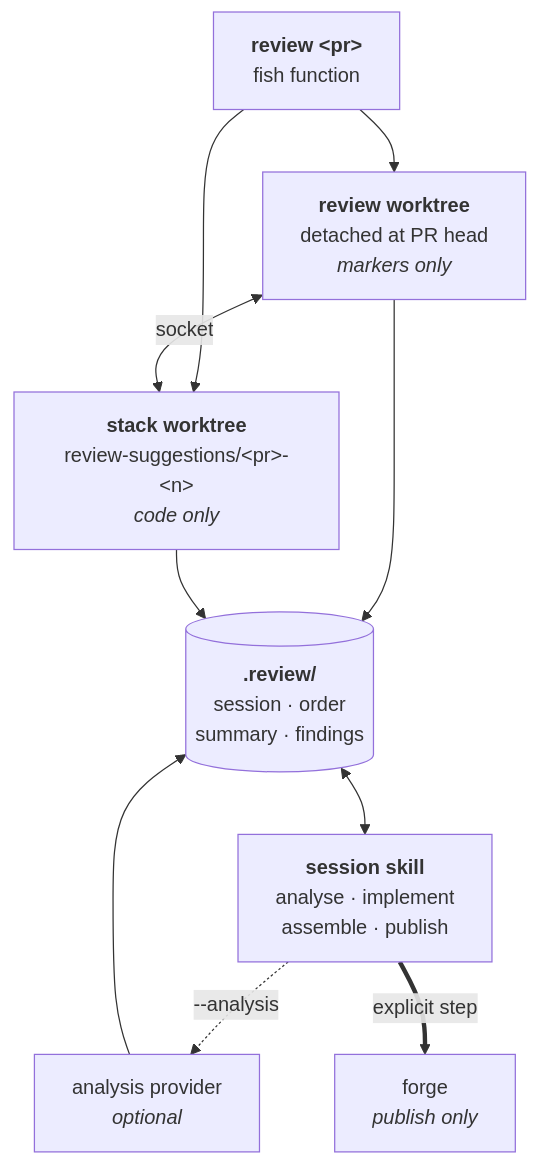
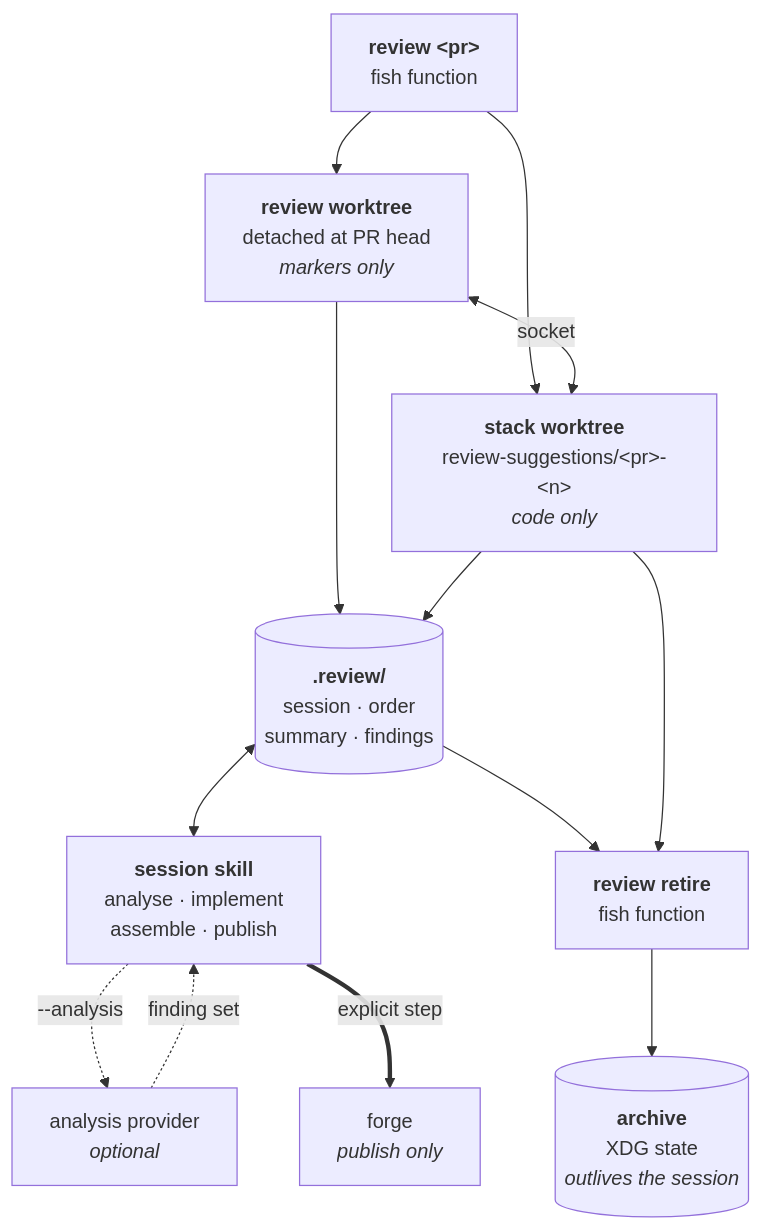
Before and after one commit to flaeppe/dotfiles: the second of 2 diagrams in docs/pr-review.md, drawn with Mermaid. The commit also changed other lines of this file and 7 other files, not shown here.

````diff
--- a/docs/pr-review.md
+++ b/docs/pr-review.md
@@ -209,20 +279,25 @@
 ```mermaid
 flowchart TB
     launcher["<b>review &lt;pr&gt;</b><br/>fish function"]
     review_editor["<b>review worktree</b><br/>detached at PR head<br/><i>markers only</i>"]
     stack_editor["<b>stack worktree</b><br/>review-suggestions/&lt;pr&gt;-&lt;n&gt;<br/><i>code only</i>"]
     contract[("<b>.review/</b><br/>session · order<br/>summary · findings")]
     skill["<b>session skill</b><br/>analyse · implement<br/>assemble · publish"]
     provider["analysis provider<br/><i>optional</i>"]
     remote["forge<br/><i>publish only</i>"]
+    retire["<b>review retire</b><br/>fish function"]
+    archive[("<b>archive</b><br/>XDG state<br/><i>outlives the session</i>")]
 
     launcher --> review_editor
     launcher --> stack_editor
     review_editor <-->|socket| stack_editor
     review_editor --> contract
     stack_editor --> contract
     contract <--> skill
-    provider --> contract
     skill -.->|"--analysis"| provider
+    provider -.->|"finding set"| skill
     skill ==>|explicit step| remote
+    contract --> retire
+    stack_editor --> retire
+    retire --> archive
 ```
````
